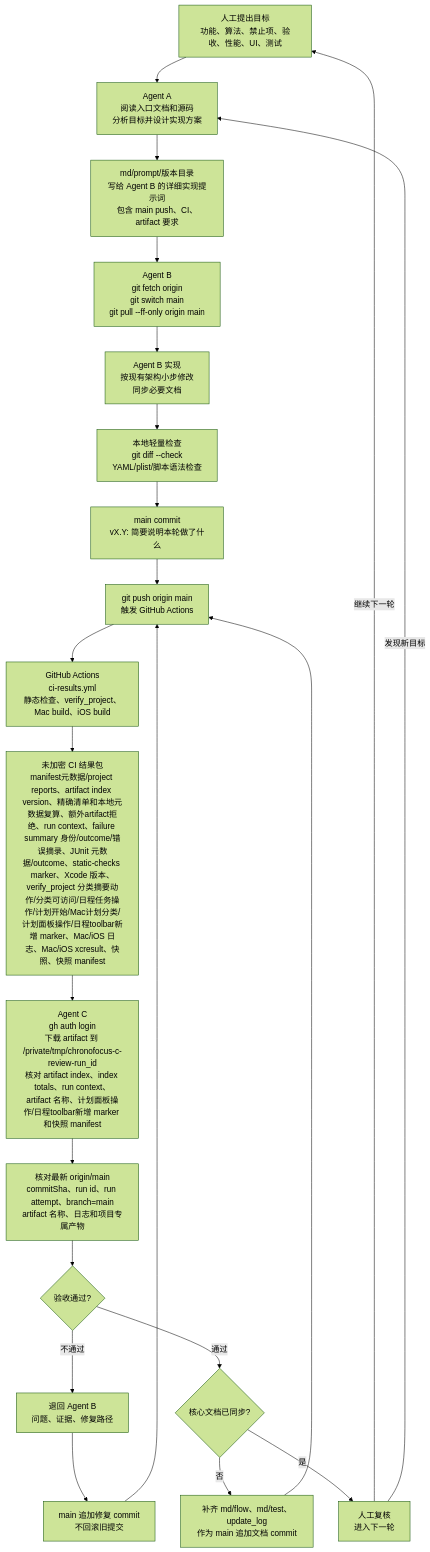
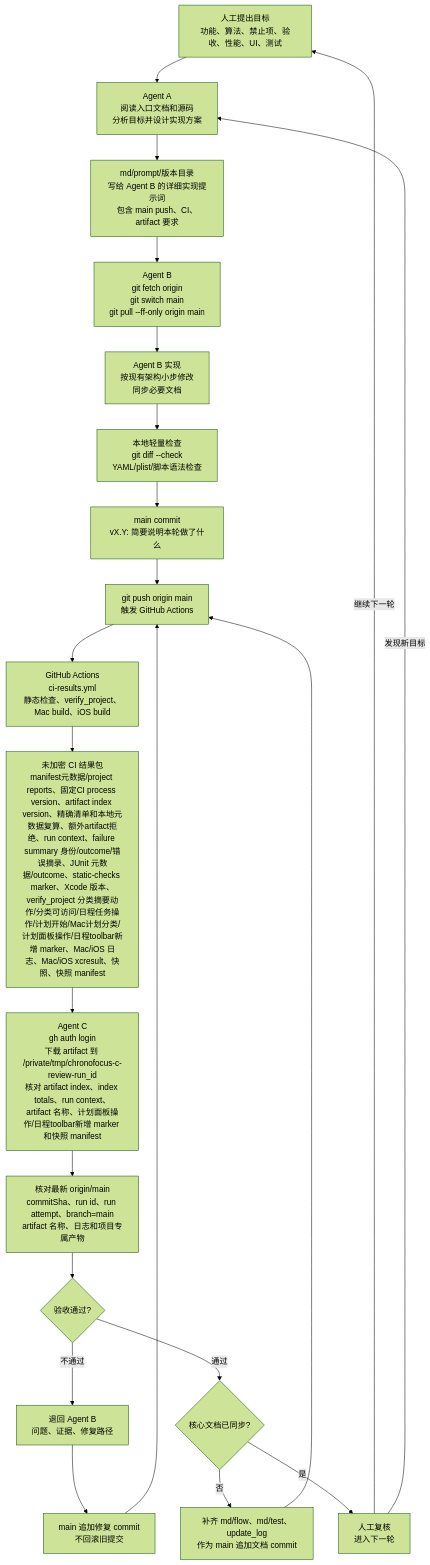
One commit to Altman-sam114/114 changed the fifth of 6 diagrams in md/flow/flowchart.md. Above: the diagram before and after it, drawn with Mermaid (forest theme). The commit also changed other lines of this file and 7 other files, not shown here.

````diff
--- a/md/flow/flowchart.md
+++ b/md/flow/flowchart.md
@@ -102,24 +102,24 @@
 ```mermaid
 flowchart TD
   H["人工提出目标<br/>功能、算法、禁止项、验收、性能、UI、测试"] --> A["Agent A<br/>阅读入口文档和源码<br/>分析目标并设计实现方案"]
   A --> P["md/prompt/版本目录<br/>写给 Agent B 的详细实现提示词<br/>包含 main push、CI、artifact 要求"]
   P --> B0["Agent B<br/>git fetch origin<br/>git switch main<br/>git pull --ff-only origin main"]
   B0 --> B1["Agent B 实现<br/>按现有架构小步修改<br/>同步必要文档"]
   B1 --> L["本地轻量检查<br/>git diff --check<br/>YAML/plist/脚本语法检查"]
   L --> G["main commit<br/>vX.Y: 简要说明本轮做了什么"]
   G --> PUSH["git push origin main<br/>触发 GitHub Actions"]
   PUSH --> CI["GitHub Actions<br/>ci-results.yml<br/>静态检查、verify_project、Mac build、iOS build"]
-  CI --> ART["未加密 CI 结果包<br/>manifest元数据/project reports、artifact index version、精确清单和本地元数据复算、额外artifact拒绝、run context、failure summary 身份/outcome/错误摘录、JUnit 元数据/outcome、static-checks marker、Xcode 版本、verify_project 分类摘要动作/分类可访问/日程任务操作/计划开始/Mac计划分类/计划面板操作/日程toolbar新增 marker、Mac/iOS 日志、Mac/iOS xcresult、快照、快照 manifest"]
+  CI --> ART["未加密 CI 结果包<br/>manifest元数据/project reports、固定CI process version、artifact index version、精确清单和本地元数据复算、额外artifact拒绝、run context、failure summary 身份/outcome/错误摘录、JUnit 元数据/outcome、static-checks marker、Xcode 版本、verify_project 分类摘要动作/分类可访问/日程任务操作/计划开始/Mac计划分类/计划面板操作/日程toolbar新增 marker、Mac/iOS 日志、Mac/iOS xcresult、快照、快照 manifest"]
   ART --> C["Agent C<br/>gh auth login<br/>下载 artifact 到 /private/tmp/chronofocus-c-review-run_id<br/>核对 artifact index、index totals、run context、artifact 名称、计划面板操作/日程toolbar新增 marker 和快照 manifest"]
   C --> V["核对最新 origin/main<br/>commitSha、run id、run attempt、branch=main<br/>artifact 名称、日志和项目专属产物"]
   V --> PASS{"验收通过?"}
   PASS -->|不通过| BACK["退回 Agent B<br/>问题、证据、修复路径"]
   BACK --> FIX["main 追加修复 commit<br/>不回滚旧提交"]
   FIX --> PUSH
   PASS -->|通过| DOC{"核心文档已同步?"}
   DOC -->|否| D["补齐 md/flow、md/test、update_log<br/>作为 main 追加文档 commit"]
   D --> PUSH
   DOC -->|是| J["人工复核<br/>进入下一轮"]
   J -->|继续下一轮| H
   J -->|发现新目标| A
 ```
````
